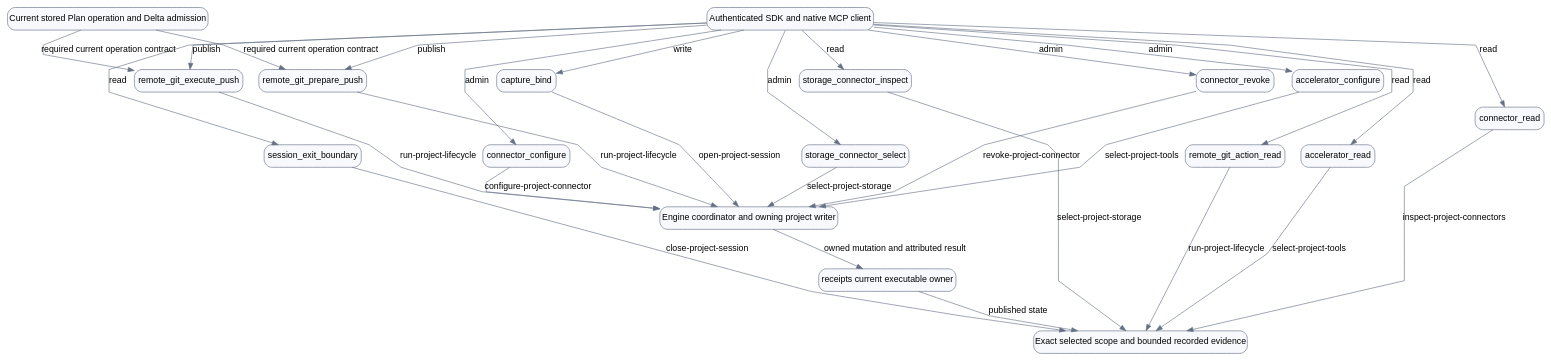
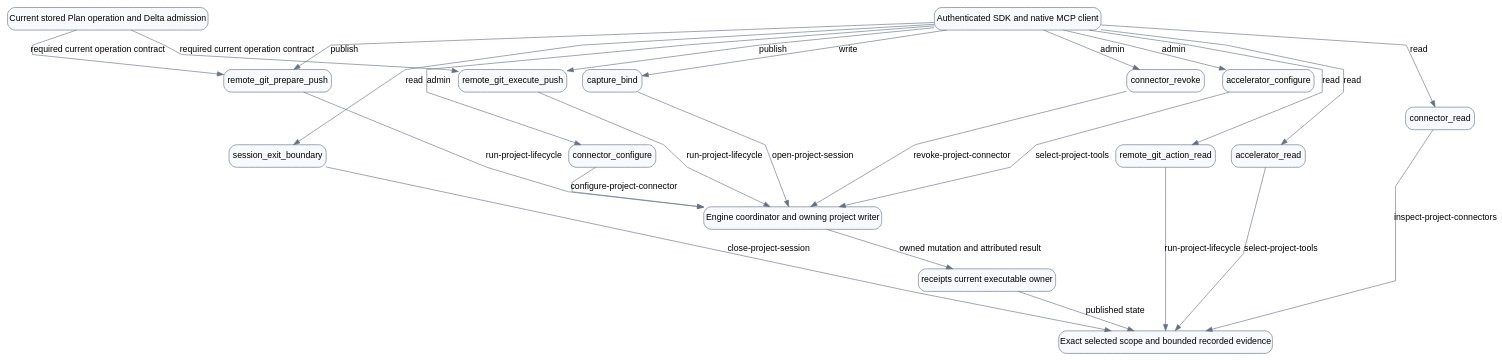
The diagram in plugins/evidence-lane-plugin/authorities/receipt_ledger/workflow.dot (rathee000001/evidence_lane_plugin), drawn with Graphviz before and after one commit. The commit also changed 2144 other files, not shown here.

```diff
--- a/plugins/evidence-lane-plugin/authorities/receipt_ledger/workflow.dot
+++ b/plugins/evidence-lane-plugin/authorities/receipt_ledger/workflow.dot
@@ -1,57 +1,50 @@
 digraph workflow_receipts {
   // EVIDENCE_LANE_GRAPH_ENGINE=PYTHON_GRAPHVIZ
   // PYTHON_GRAPHVIZ_VERSION=0.21
   bgcolor=white compound=true fontname=Arial newrank=true nodesep=0.35 rankdir=TB ranksep=0.65 splines=polyline
   node [color="#667085" fontname=Arial shape=box style="rounded,filled"]
   edge [color="#667085" fontname=Arial]
   sdk [label="Authenticated SDK and native MCP client" color="#667085" fillcolor="#f7f9fc" shape=box style="rounded,filled"]
   read [label="Exact selected scope and bounded recorded evidence" color="#667085" fillcolor="#f7f9fc" shape=box style="rounded,filled"]
   writer [label="Engine coordinator and owning project writer" color="#667085" fillcolor="#f7f9fc" shape=box style="rounded,filled"]
   delta [label="Current stored Plan operation and Delta admission" color="#667085" fillcolor="#f7f9fc" shape=box style="rounded,filled"]
   owner [label="receipts current executable owner" color="#667085" fillcolor="#f7f9fc" shape=box style="rounded,filled"]
   action_accelerator_configure [label=accelerator_configure color="#667085" fillcolor="#f7f9fc" shape=box style="rounded,filled"]
   action_accelerator_read [label=accelerator_read color="#667085" fillcolor="#f7f9fc" shape=box style="rounded,filled"]
   action_capture_bind [label=capture_bind color="#667085" fillcolor="#f7f9fc" shape=box style="rounded,filled"]
   action_connector_configure [label=connector_configure color="#667085" fillcolor="#f7f9fc" shape=box style="rounded,filled"]
   action_connector_read [label=connector_read color="#667085" fillcolor="#f7f9fc" shape=box style="rounded,filled"]
   action_connector_revoke [label=connector_revoke color="#667085" fillcolor="#f7f9fc" shape=box style="rounded,filled"]
   action_remote_git_action_read [label=remote_git_action_read color="#667085" fillcolor="#f7f9fc" shape=box style="rounded,filled"]
   action_remote_git_execute_push [label=remote_git_execute_push color="#667085" fillcolor="#f7f9fc" shape=box style="rounded,filled"]
   action_remote_git_prepare_push [label=remote_git_prepare_push color="#667085" fillcolor="#f7f9fc" shape=box style="rounded,filled"]
   action_session_exit_boundary [label=session_exit_boundary color="#667085" fillcolor="#f7f9fc" shape=box style="rounded,filled"]
-  action_storage_connector_inspect [label=storage_connector_inspect color="#667085" fillcolor="#f7f9fc" shape=box style="rounded,filled"]
-  action_storage_connector_select [label=storage_connector_select color="#667085" fillcolor="#f7f9fc" shape=box style="rounded,filled"]
   sdk -> action_accelerator_configure [label=admin]
   action_accelerator_configure -> writer [label="select-project-tools"]
   sdk -> action_accelerator_read [label=read]
   action_accelerator_read -> read [label="select-project-tools"]
   sdk -> action_capture_bind [label=write]
   action_capture_bind -> writer [label="open-project-session"]
   sdk -> action_connector_configure [label=admin]
   action_connector_configure -> writer [label="configure-project-connector"]
   sdk -> action_connector_read [label=read]
   action_connector_read -> read [label="inspect-project-connectors"]
   sdk -> action_connector_revoke [label=admin]
   action_connector_revoke -> writer [label="revoke-project-connector"]
   sdk -> action_remote_git_action_read [label=read]
   action_remote_git_action_read -> read [label="run-project-lifecycle"]
   sdk -> action_remote_git_execute_push [label=publish]
   delta -> action_remote_git_execute_push [label="required current operation contract"]
   action_remote_git_execute_push -> writer [label="run-project-lifecycle"]
   sdk -> action_remote_git_prepare_push [label=publish]
   delta -> action_remote_git_prepare_push [label="required current operation contract"]
   action_remote_git_prepare_push -> writer [label="run-project-lifecycle"]
   sdk -> action_session_exit_boundary [label=read]
   action_session_exit_boundary -> read [label="close-project-session"]
-  sdk -> action_storage_connector_inspect [label=read]
-  action_storage_connector_inspect -> read [label="select-project-storage"]
-  sdk -> action_storage_connector_select [label=admin]
-  action_storage_connector_select -> writer [label="select-project-storage"]
   writer -> owner [label="owned mutation and attributed result"]
   owner -> read [label="published state"]
   action_accelerator_configure -> action_accelerator_read [constraint=true style=invis weight=100]
   action_capture_bind -> action_connector_configure [constraint=true style=invis weight=100]
   action_connector_revoke -> action_remote_git_action_read [constraint=true style=invis weight=100]
   action_remote_git_prepare_push -> action_session_exit_boundary [constraint=true style=invis weight=100]
-  action_storage_connector_inspect -> action_storage_connector_select [constraint=true style=invis weight=100]
 }
```
